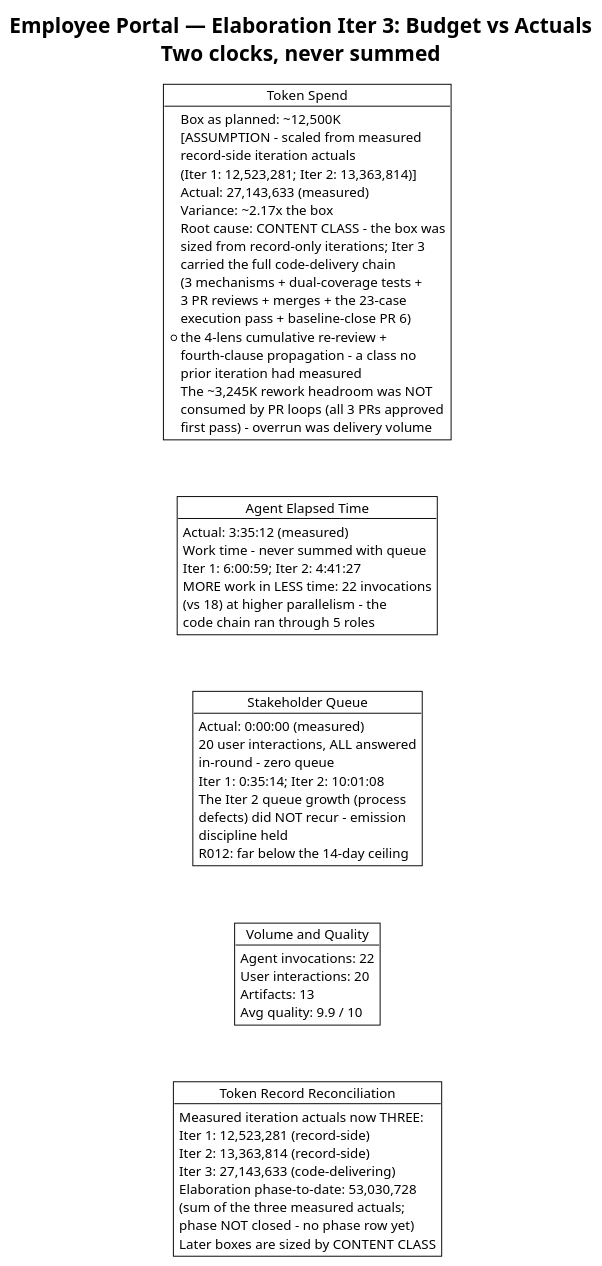
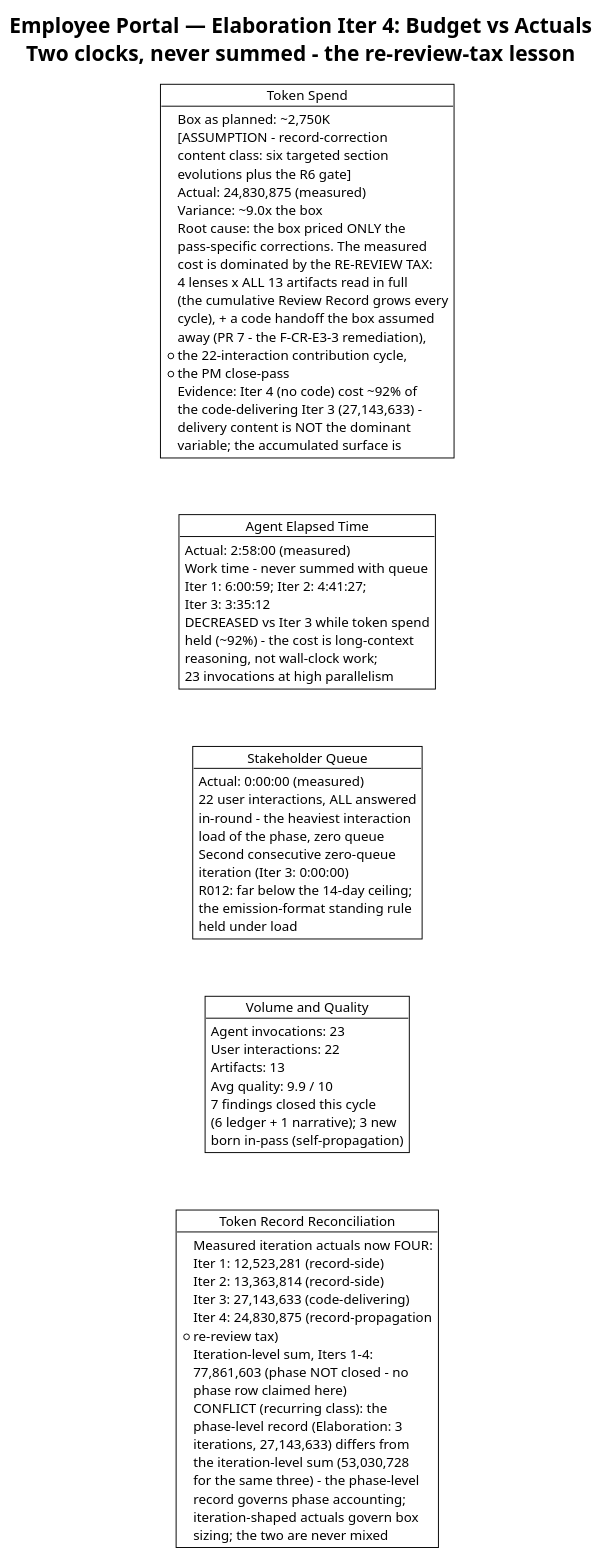
Before and after one commit to banense-test/employee-portal: the second of 5 diagrams in docs/artifacts/project-management/iteration-assessment.md, drawn with PlantUML. The commit also changed other lines of this file, not shown here.

First line of the commit message:
Project Manager [E4]: upsert Iteration Assessment

````diff
--- a/docs/artifacts/project-management/iteration-assessment.md
+++ b/docs/artifacts/project-management/iteration-assessment.md
@@ -102,65 +105,81 @@
 ```plantuml
 @startuml
 !theme plain
-title Employee Portal — Elaboration Iter 3: Budget vs Actuals\nTwo clocks, never summed
+title Employee Portal — Elaboration Iter 4: Budget vs Actuals\nTwo clocks, never summed - the re-review-tax lesson
 
 object "Token Spend" as TS {
-  Box as planned: ~12,500K
-  [ASSUMPTION - scaled from measured
-  record-side iteration actuals
-  (Iter 1: 12,523,281; Iter 2: 13,363,814)]
-  Actual: 27,143,633 (measured)
-  Variance: ~2.17x the box
-  Root cause: CONTENT CLASS - the box was
-  sized from record-only iterations; Iter 3
-  carried the full code-delivery chain
-  (3 mechanisms + dual-coverage tests +
-  3 PR reviews + merges + the 23-case
-  execution pass + baseline-close PR 6)
-  + the 4-lens cumulative re-review +
-  fourth-clause propagation - a class no
-  prior iteration had measured
-  The ~3,245K rework headroom was NOT
-  consumed by PR loops (all 3 PRs approved
-  first pass) - overrun was delivery volume
+  Box as planned: ~2,750K
+  [ASSUMPTION - record-correction
+  content class: six targeted section
+  evolutions plus the R6 gate]
+  Actual: 24,830,875 (measured)
+  Variance: ~9.0x the box
+  Root cause: the box priced ONLY the
+  pass-specific corrections. The measured
+  cost is dominated by the RE-REVIEW TAX:
+  4 lenses x ALL 13 artifacts read in full
+  (the cumulative Review Record grows every
+  cycle), + a code handoff the box assumed
+  away (PR 7 - the F-CR-E3-3 remediation),
+  + the 22-interaction contribution cycle,
+  + the PM close-pass
+  Evidence: Iter 4 (no code) cost ~92% of
+  the code-delivering Iter 3 (27,143,633) -
+  delivery content is NOT the dominant
+  variable; the accumulated surface is
 }
 object "Agent Elapsed Time" as AET {
-  Actual: 3:35:12 (measured)
+  Actual: 2:58:00 (measured)
   Work time - never summed with queue
-  Iter 1: 6:00:59; Iter 2: 4:41:27
-  MORE work in LESS time: 22 invocations
-  (vs 18) at higher parallelism - the
-  code chain ran through 5 roles
+  Iter 1: 6:00:59; Iter 2: 4:41:27;
+  Iter 3: 3:35:12
+  DECREASED vs Iter 3 while token spend
+  held (~92%) - the cost is long-context
+  reasoning, not wall-clock work;
+  23 invocations at high parallelism
 }
 object "Stakeholder Queue" as HGQ {
   Actual: 0:00:00 (measured)
-  20 user interactions, ALL answered
-  in-round - zero queue
-  Iter 1: 0:35:14; Iter 2: 10:01:08
-  The Iter 2 queue growth (process
-  defects) did NOT recur - emission
-  discipline held
-  R012: far below the 14-day ceiling
+  22 user interactions, ALL answered
+  in-round - the heaviest interaction
+  load of the phase, zero queue
+  Second consecutive zero-queue
+  iteration (Iter 3: 0:00:00)
+  R012: far below the 14-day ceiling;
+  the emission-format standing rule
+  held under load
 }
 object "Volume and Quality" as VOL {
-  Agent invocations: 22
-  User interactions: 20
+  Agent invocations: 23
+  User interactions: 22
   Artifacts: 13
   Avg quality: 9.9 / 10
+  7 findings closed this cycle
+  (6 ledger + 1 narrative); 3 new
+  born in-pass (self-propagation)
 }
 object "Token Record Reconciliation" as REC {
-  Measured iteration actuals now THREE:
+  Measured iteration actuals now FOUR:
   Iter 1: 12,523,281 (record-side)
   Iter 2: 13,363,814 (record-side)
   Iter 3: 27,143,633 (code-delivering)
-  Elaboration phase-to-date: 53,030,728
-  (sum of the three measured actuals;
-  phase NOT closed - no phase row yet)
-  Later boxes are sized by CONTENT CLASS
+  Iter 4: 24,830,875 (record-propagation
+  + re-review tax)
+  Iteration-level sum, Iters 1-4:
+  77,861,603 (phase NOT closed - no
+  phase row claimed here)
+  CONFLICT (recurring class): the
+  phase-level record (Elaboration: 3
+  iterations, 27,143,633) differs from
+  the iteration-level sum (53,030,728
+  for the same three) - the phase-level
+  record governs phase accounting;
+  iteration-shaped actuals govern box
+  sizing; the two are never mixed
 }
 TS -[hidden]-> AET
 AET -[hidden]-> HGQ
 HGQ -[hidden]-> VOL
 VOL -[hidden]-> REC
 @enduml
 ```
````
